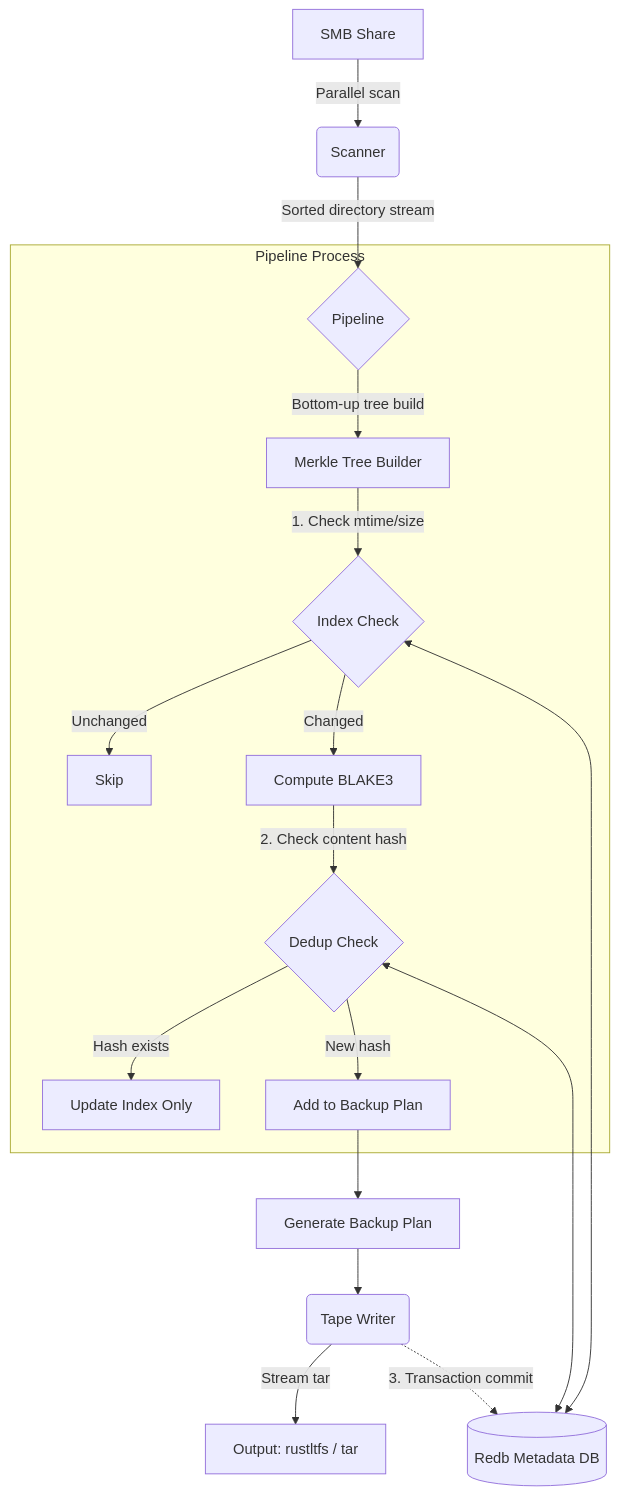
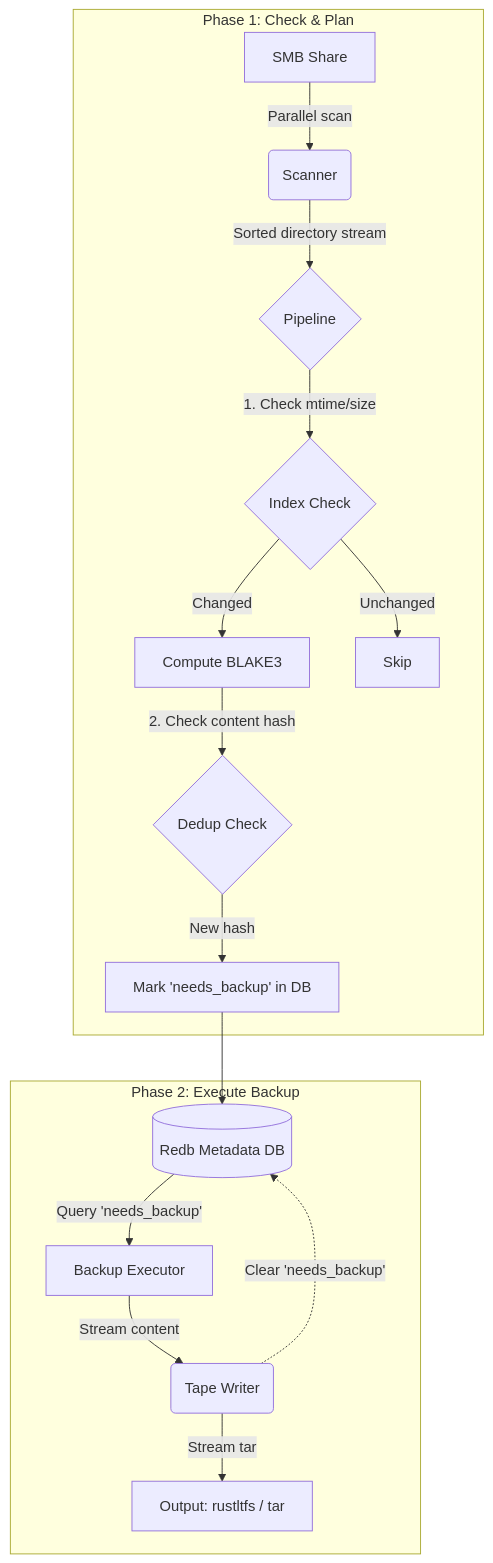
Before and after one commit to oplancelot/Rumba: the diagram in README.md, drawn with Mermaid. The commit also changed other lines of this file and 13 other files, not shown here.

````diff
--- a/README.md
+++ b/README.md
@@ -116,23 +119,21 @@
 ```mermaid
 graph TD
-    Source[SMB Share] -->|Parallel scan| Scanner(Scanner)
-    Scanner -->|Sorted directory stream| Pipeline{Pipeline}
-    
-    subgraph Pipeline Process
-        Pipeline -->|Bottom-up tree build| TreeBuilder[Merkle Tree Builder]
-        TreeBuilder -->|1. Check mtime/size| IndexCheck{Index Check}
-        IndexCheck -->|Unchanged| Skip[Skip]
+    subgraph Phase 1: Check & Plan
+        Source[SMB Share] -->|Parallel scan| Scanner(Scanner)
+        Scanner -->|Sorted directory stream| Pipeline{Pipeline}
+        Pipeline -->|1. Check mtime/size| IndexCheck{Index Check}
         IndexCheck -->|Changed| Hasher[Compute BLAKE3]
         Hasher -->|2. Check content hash| DedupCheck{Dedup Check}
-        DedupCheck -->|Hash exists| UpdateIdx[Update Index Only]
-        DedupCheck -->|New hash| NewFile[Add to Backup Plan]
+        DedupCheck -->|New hash| MarkDB[Mark 'needs_backup' in DB]
+        IndexCheck -->|Unchanged| Skip[Skip]
+    end
+
+    subgraph Phase 2: Execute Backup
+        DB[(Redb Metadata DB)] -->|Query 'needs_backup'| BackupExec[Backup Executor]
+        BackupExec -->|Stream content| TapeWriter(Tape Writer)
+        TapeWriter -->|Stream tar| Output[Output: rustltfs / tar]
+        TapeWriter -.->|Clear 'needs_backup'| DB
     end
     
-    NewFile --> BackupPlan[Generate Backup Plan]
-    BackupPlan --> TapeWriter(Tape Writer)
-    TapeWriter -->|Stream tar| Output[Output: rustltfs / tar]
-    TapeWriter -.->|3. Transaction commit| DB[(Redb Metadata DB)]
-    
-    DB <--> IndexCheck
-    DB <--> DedupCheck
+    MarkDB --> DB
 ```
````
